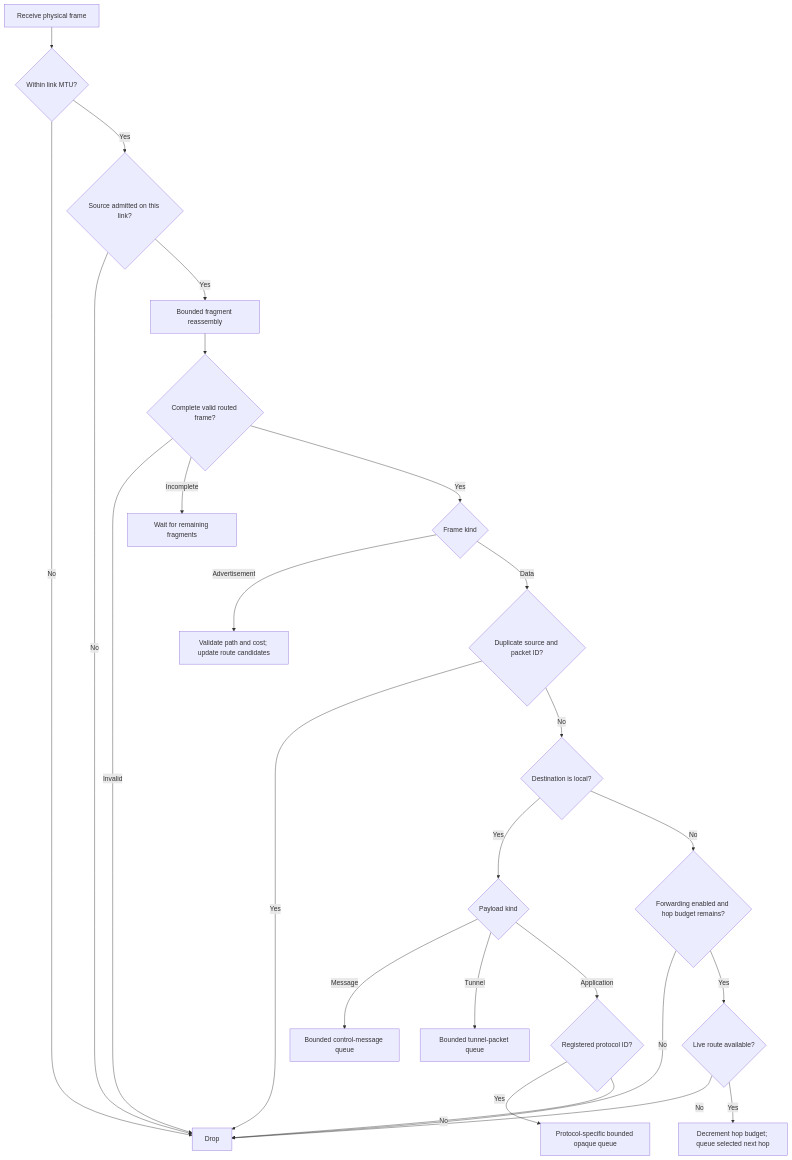
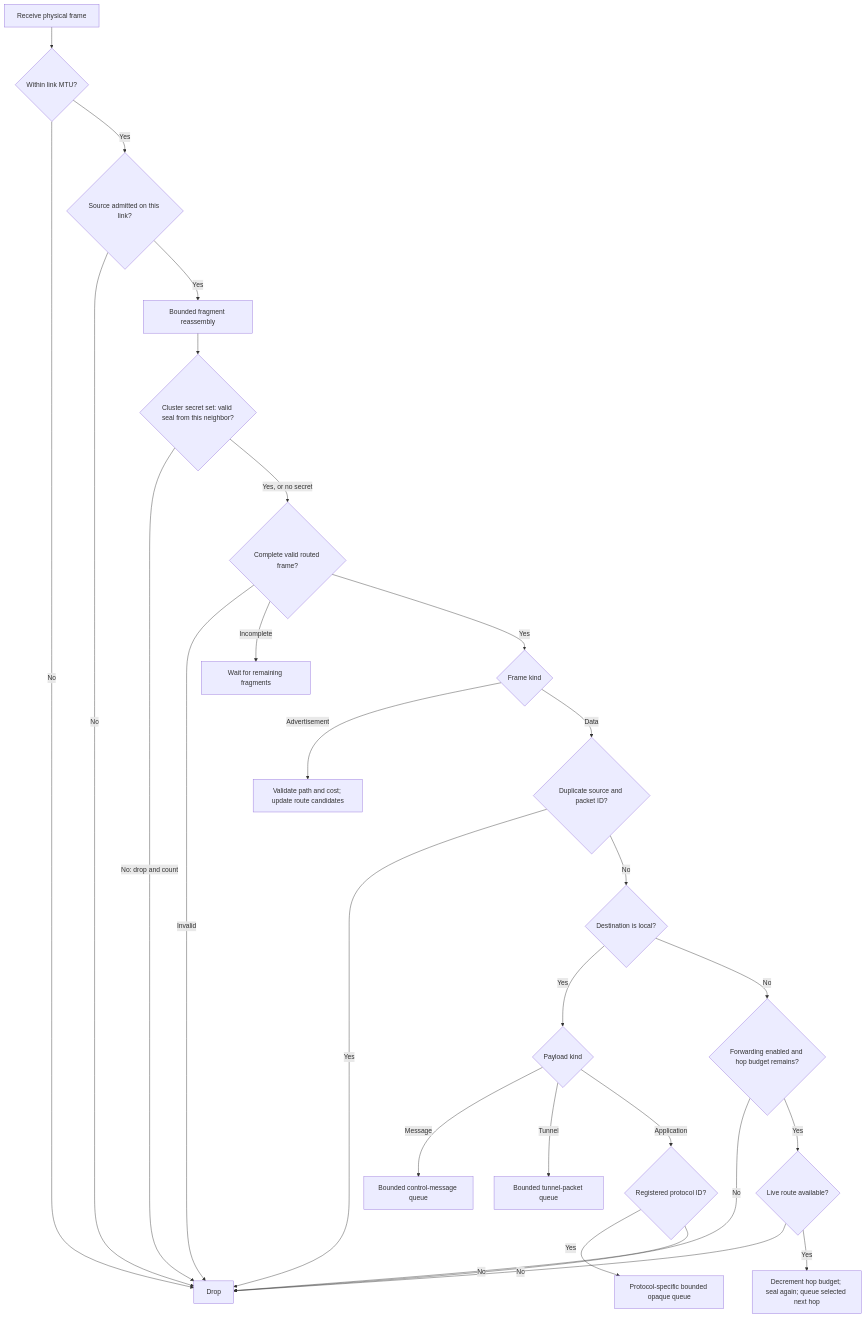
The third of 3 diagrams in docs/routing.md (napbat/groupnet), drawn with Mermaid before and after one commit. The commit also changed other lines of this file and 3 other files, not shown here.

Commit message:
docs: cluster secret, and a private network for clusters without one

````diff
--- a/docs/routing.md
+++ b/docs/routing.md
@@ -75,27 +75,29 @@
 ```mermaid
 flowchart TD
     Receive["Receive physical frame"] --> MTU{"Within link MTU?"}
     MTU -->|"No"| Drop["Drop"]
     MTU -->|"Yes"| Peer{"Source admitted on this link?"}
     Peer -->|"No"| Drop
     Peer -->|"Yes"| Reassemble["Bounded fragment reassembly"]
-    Reassemble --> Decode{"Complete valid routed frame?"}
+    Reassemble --> Seal{"Cluster secret set: valid seal from this neighbor?"}
+    Seal -->|"No: drop and count"| Drop
+    Seal -->|"Yes, or no secret"| Decode{"Complete valid routed frame?"}
     Decode -->|"Invalid"| Drop
     Decode -->|"Incomplete"| Pending["Wait for remaining fragments"]
     Decode -->|"Yes"| Kind{"Frame kind"}
     Kind -->|"Advertisement"| Learn["Validate path and cost; update route candidates"]
     Kind -->|"Data"| Replay{"Duplicate source and packet ID?"}
     Replay -->|"Yes"| Drop
     Replay -->|"No"| Local{"Destination is local?"}
     Local -->|"Yes"| Plane{"Payload kind"}
     Plane -->|"Message"| Messages["Bounded control-message queue"]
     Plane -->|"Tunnel"| Tunnels["Bounded tunnel-packet queue"]
     Plane -->|"Application"| Namespace{"Registered protocol ID?"}
     Namespace -->|"Yes"| Applications["Protocol-specific bounded opaque queue"]
     Namespace -->|"No"| Drop
     Local -->|"No"| Transit{"Forwarding enabled and hop budget remains?"}
     Transit -->|"No"| Drop
     Transit -->|"Yes"| Route{"Live route available?"}
     Route -->|"No"| Drop
-    Route -->|"Yes"| Queue["Decrement hop budget; queue selected next hop"]
+    Route -->|"Yes"| Queue["Decrement hop budget; seal again; queue selected next hop"]
 ```
````
